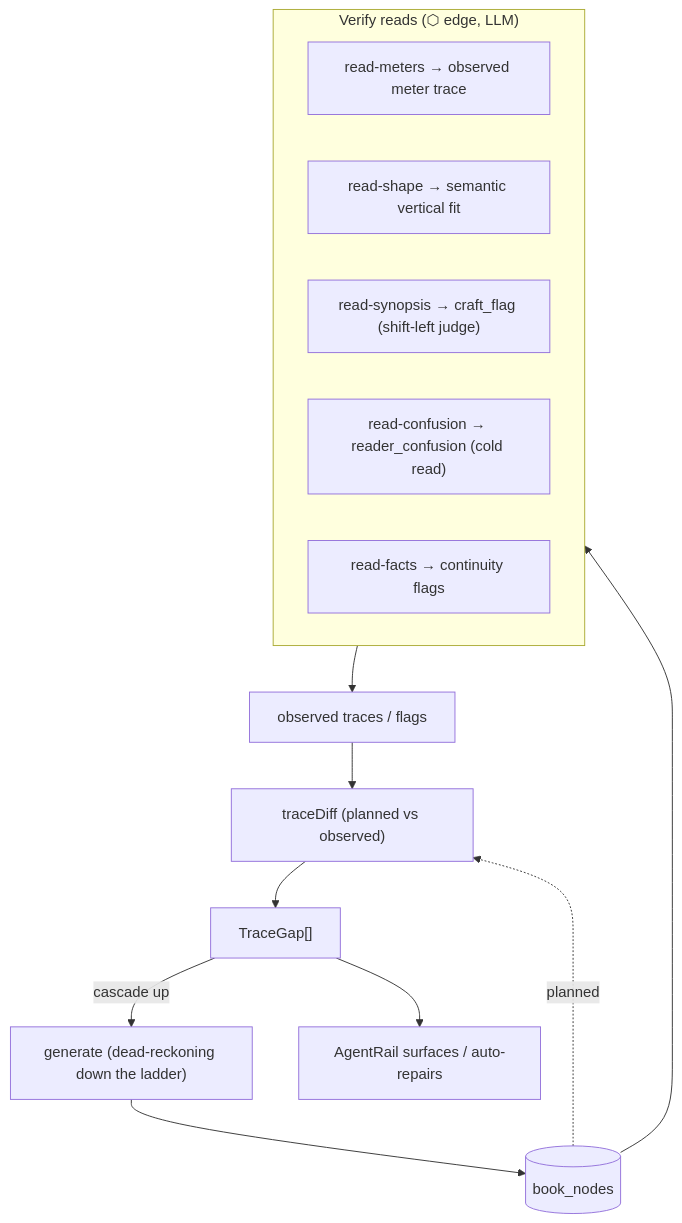
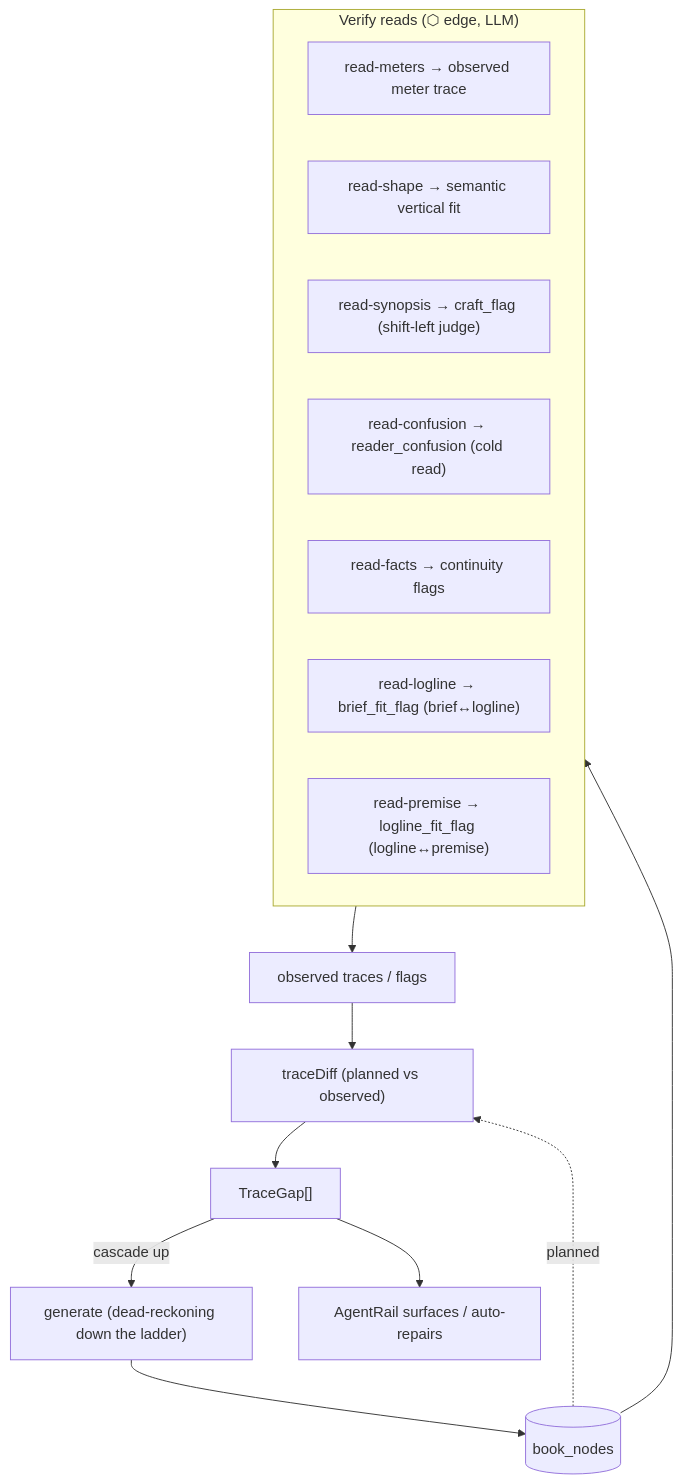
The eighth of 9 diagrams in docs/dna/architecture.md (ordervschaos/pensive-books), drawn with Mermaid before and after one commit. The commit also changed other lines of this file and 15 other files, not shown here.

Commit message:
LLM reviewer for logline and premise

````diff
--- a/docs/dna/architecture.md
+++ b/docs/dna/architecture.md
@@ -275,20 +276,22 @@
 ```mermaid
 flowchart TB
   gen["generate (dead-reckoning down the ladder)"] --> tree[("book_nodes")]
   tree --> reads
 
   subgraph reads["Verify reads (⬡ edge, LLM)"]
     rm["read-meters → observed meter trace"]
     rsh["read-shape → semantic vertical fit"]
     rsy["read-synopsis → craft_flag (shift-left judge)"]
     rc["read-confusion → reader_confusion (cold read)"]
     rf["read-facts → continuity flags"]
+    rbf["read-logline → brief_fit_flag (brief↔logline)"]
+    rpr["read-premise → logline_fit_flag (logline↔premise)"]
   end
 
   reads --> obs["observed traces / flags"]
   tree -.planned.-> diff["traceDiff (planned vs observed)"]
   obs --> diff
   diff --> gap["TraceGap[]"]
   gap -->|cascade up| gen
   gap --> rail["AgentRail surfaces / auto-repairs"]
 ```
````
